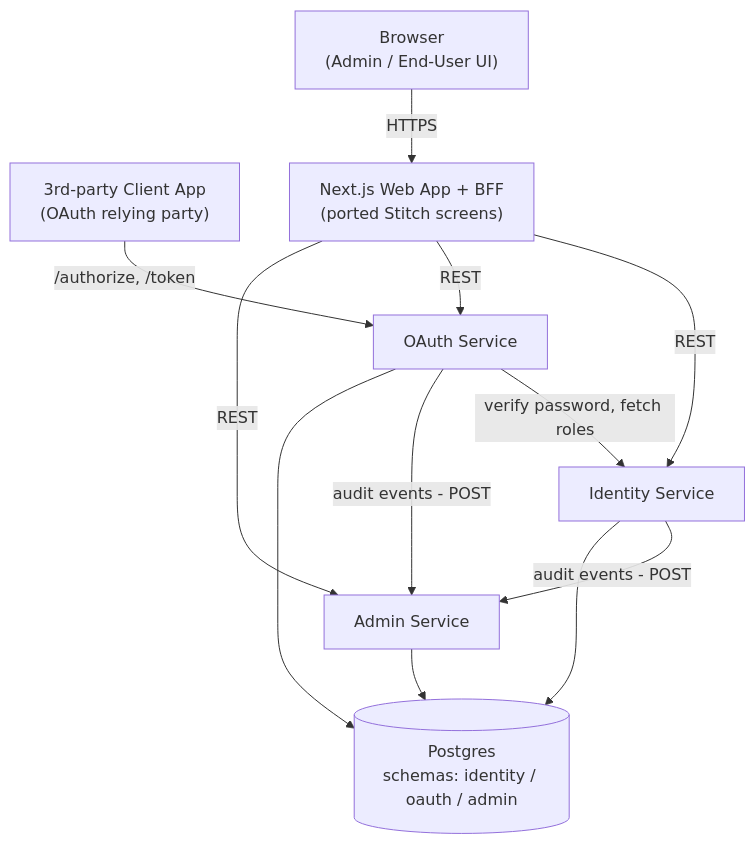
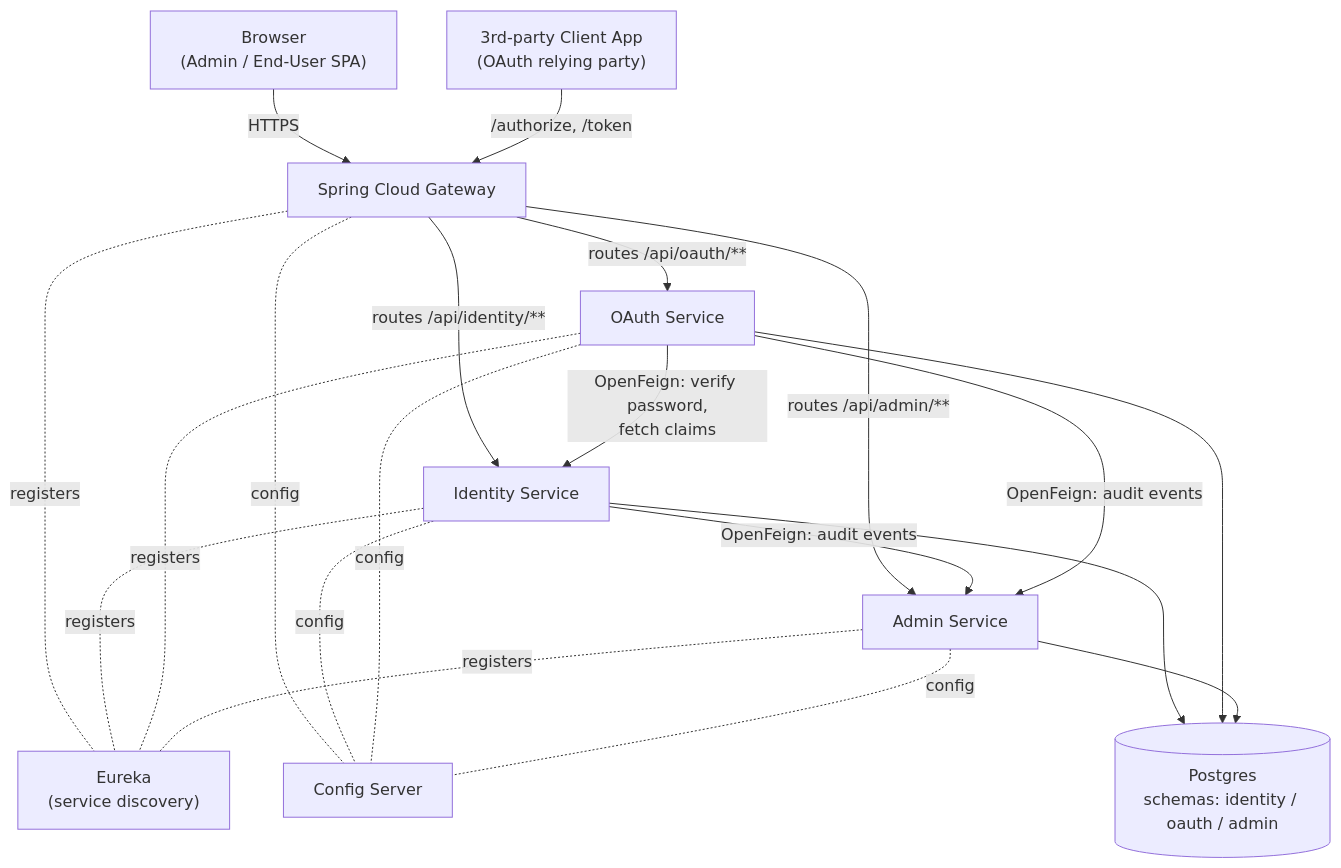
The first of 2 diagrams in design/ARCHITECTURE.md (mosup16/SW-IDP), drawn with Mermaid before and after one commit. The commit also changed other lines of this file and 3 other files, not shown here.

First line of the commit message:
Lock stack to React + Spring Cloud; drop AccessPolicy and PKCE

````diff
--- a/design/ARCHITECTURE.md
+++ b/design/ARCHITECTURE.md
@@ -17,27 +21,40 @@
 ```mermaid
 graph TB
-    Browser["Browser<br/>(Admin / End-User UI)"]
+    Browser["Browser<br/>(Admin / End-User SPA)"]
     TPA["3rd-party Client App<br/>(OAuth relying party)"]
 
-    Web["Next.js Web App + BFF<br/>(ported Stitch screens)"]
+    GW["Spring Cloud Gateway"]
     ID["Identity Service"]
     OA["OAuth Service"]
     AD["Admin Service"]
 
+    EUR["Eureka<br/>(service discovery)"]
+    CFG["Config Server"]
+
     PG[("Postgres<br/>schemas: identity / oauth / admin")]
 
-    Browser -->|HTTPS| Web
-    TPA -->|"/authorize, /token"| OA
+    Browser -->|HTTPS| GW
+    TPA -->|"/authorize, /token"| GW
 
-    Web -->|REST| ID
-    Web -->|REST| OA
-    Web -->|REST| AD
+    GW -->|routes /api/identity/**| ID
+    GW -->|routes /api/oauth/**| OA
+    GW -->|routes /api/admin/**| AD
 
-    OA -->|verify password, fetch roles| ID
-    ID -->|audit events - POST| AD
-    OA -->|audit events - POST| AD
+    OA -->|"OpenFeign: verify password,<br/>fetch claims"| ID
+    ID -->|"OpenFeign: audit events"| AD
+    OA -->|"OpenFeign: audit events"| AD
+
+    GW -.registers.- EUR
+    ID -.registers.- EUR
+    OA -.registers.- EUR
+    AD -.registers.- EUR
+
+    GW -.config.- CFG
+    ID -.config.- CFG
+    OA -.config.- CFG
+    AD -.config.- CFG
 
     ID --> PG
     OA --> PG
     AD --> PG
 ```
````
